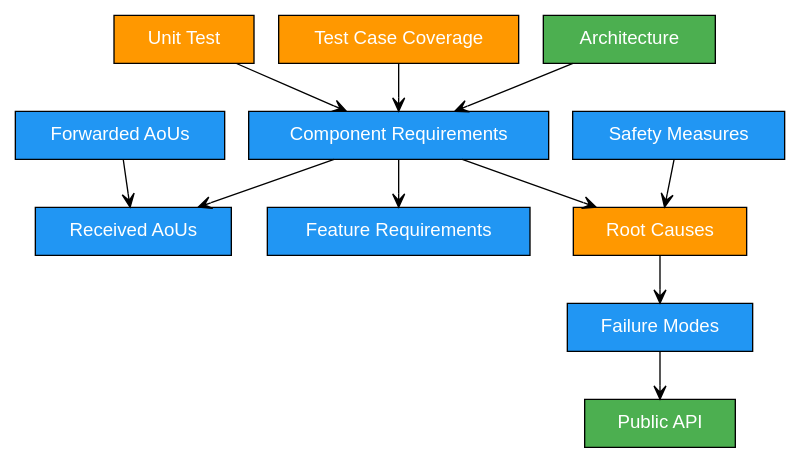
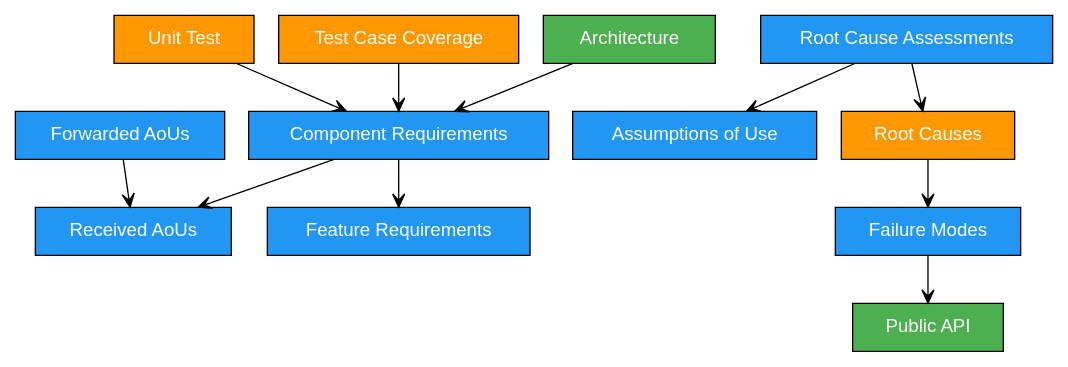
The diagram in bazel/rules/rules_score/docs/overview.rst (eclipse-score/tooling), drawn with Graphviz before and after one commit. The commit also changed other lines of this file and 61 other files, not shown here.

Commit message:
[safety analysis] add root cause assessment

```diff
--- a/bazel/rules/rules_score/docs/overview.rst
+++ b/bazel/rules/rules_score/docs/overview.rst
@@ -179,29 +179,30 @@
 .. graphviz::
 
    digraph tracing_policy {
       rankdir=TB;
       node [shape=box, style=filled, fontname="Helvetica", margin="0.3,0.1"];
       edge [arrowhead=open];
 
       "Feature Requirements" [fillcolor="#2196F3", fontcolor="white"];
       "Received AoUs" [fillcolor="#2196F3", fontcolor="white"];
       "Forwarded AoUs" [fillcolor="#2196F3", fontcolor="white"];
       "Component Requirements" [fillcolor="#2196F3", fontcolor="white"];
       "Unit Test" [fillcolor="#FF9800", fontcolor="white"];
       "Test Case Coverage" [fillcolor="#FF9800", fontcolor="white"];
       "Architecture" [fillcolor="#4CAF50", fontcolor="white"];
       "Public API" [fillcolor="#4CAF50", fontcolor="white"];
       "Failure Modes" [fillcolor="#2196F3", fontcolor="white"];
-      "Safety Measures" [fillcolor="#2196F3", fontcolor="white"];
+      "Assumptions of Use" [fillcolor="#2196F3", fontcolor="white"];
       "Root Causes" [fillcolor="#FF9800", fontcolor="white"];
+      "Root Cause Assessments" [fillcolor="#2196F3", fontcolor="white"];
       "Forwarded AoUs" -> "Received AoUs";
       "Component Requirements" -> "Feature Requirements";
       "Component Requirements" -> "Received AoUs";
-      "Component Requirements" -> "Root Causes";
       "Unit Test" -> "Component Requirements";
       "Test Case Coverage" -> "Component Requirements";
       "Architecture" -> "Component Requirements";
       "Failure Modes" -> "Public API";
       "Root Causes" -> "Failure Modes";
-      "Safety Measures" -> "Root Causes";
+      "Root Cause Assessments" -> "Root Causes";
+      "Root Cause Assessments" -> "Assumptions of Use";
    }
```
